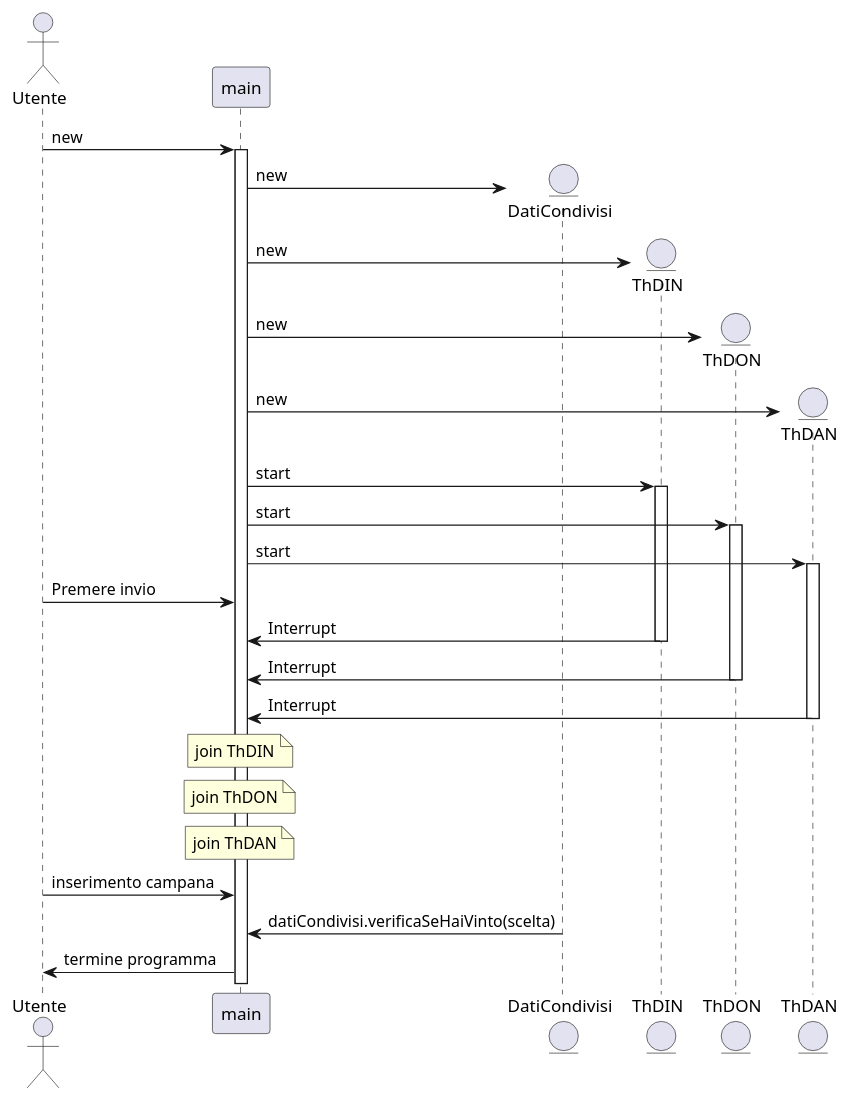
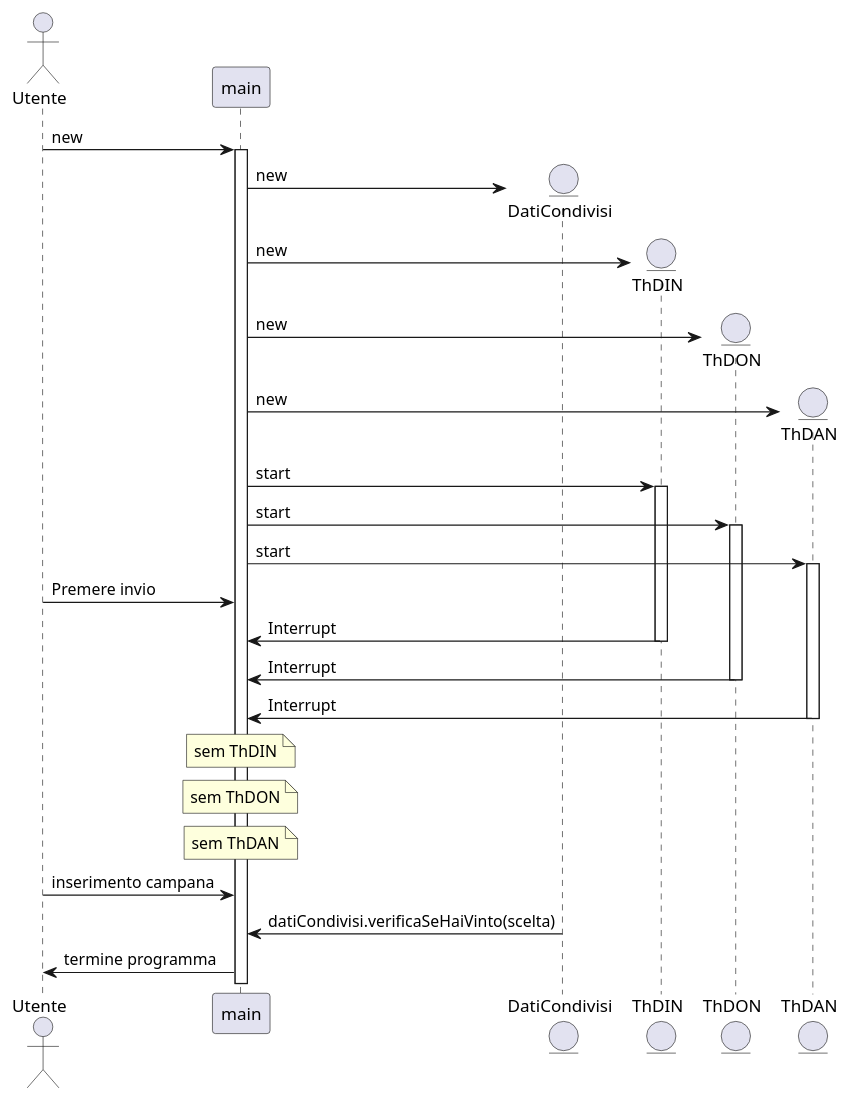
The diagram in JavaApplication11/src/es_campane/DinDonDan.puml (Ale-Dili/Es_Campane), drawn with PlantUML before and after one commit.

```diff
--- a/JavaApplication11/src/es_campane/DinDonDan.puml
+++ b/JavaApplication11/src/es_campane/DinDonDan.puml
@@ -1,38 +1,38 @@
 @startuml
 actor Utente
 participant main
 entity DatiCondivisi
 entity ThDIN
 entity ThDON
 entity ThDAN
 
 Utente -> main ++ : new
 
 main -> DatiCondivisi ** : new
 main -> ThDIN ** : new
 main -> ThDON ** : new
 main -> ThDAN ** : new
 
 main -> ThDIN ++ : start
 main -> ThDON ++ : start
 main -> ThDAN ++ : start
 
 Utente -> main : Premere invio
 
 ThDIN -> main : Interrupt
 deactivate ThDIN
 ThDON -> main : Interrupt
 deactivate ThDON
 ThDAN -> main : Interrupt
 deactivate ThDAN
 
-note over main : join ThDIN
-note over main : join ThDON
-note over main : join ThDAN
+note over main : sem ThDIN
+note over main : sem ThDON
+note over main : sem ThDAN
 
 Utente -> main : inserimento campana
 
 DatiCondivisi -> main : datiCondivisi.verificaSeHaiVinto(scelta)
 
 main -> Utente : termine programma
 @enduml
```
